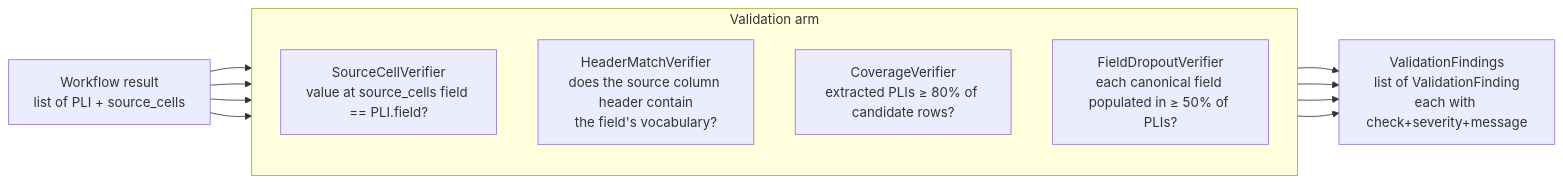
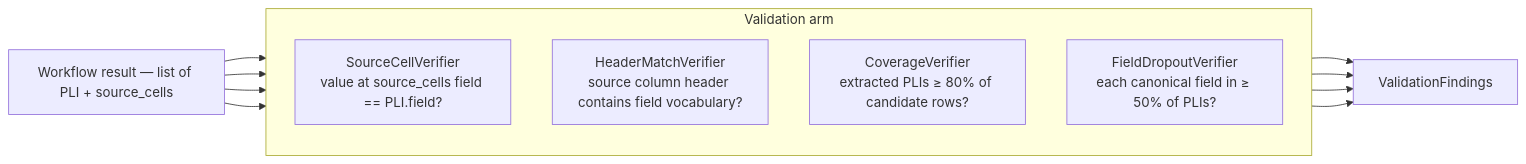
One commit to DAITA-Labs/tna-service changed the fourth of 5 diagrams in ARCHITECTURE.md. Above: the diagram before and after it, drawn with Mermaid. The commit also changed other lines of this file and 27 other files, not shown here.

````diff
--- a/ARCHITECTURE.md
+++ b/ARCHITECTURE.md
@@ -364,21 +338,13 @@
 ```mermaid
 flowchart LR
-    ER[Workflow result<br/>list of PLI + source_cells]
+    ER[Workflow result — list of PLI + source_cells]
     subgraph V["Validation arm"]
       direction TB
       A[SourceCellVerifier<br/>value at source_cells field == PLI.field?]
-      B[HeaderMatchVerifier<br/>does the source column header contain<br/>the field's vocabulary?]
+      B[HeaderMatchVerifier<br/>source column header contains field vocabulary?]
       C[CoverageVerifier<br/>extracted PLIs ≥ 80% of candidate rows?]
-      D[FieldDropoutVerifier<br/>each canonical field populated in ≥ 50% of PLIs?]
+      D[FieldDropoutVerifier<br/>each canonical field in ≥ 50% of PLIs?]
     end
-    F[ValidationFindings<br/>list of ValidationFinding<br/>each with check+severity+message]
-
-    ER --> A
-    ER --> B
-    ER --> C
-    ER --> D
-    A --> F
-    B --> F
-    C --> F
-    D --> F
+    F[ValidationFindings]
+    ER --> A & B & C & D --> F
 ```
````
